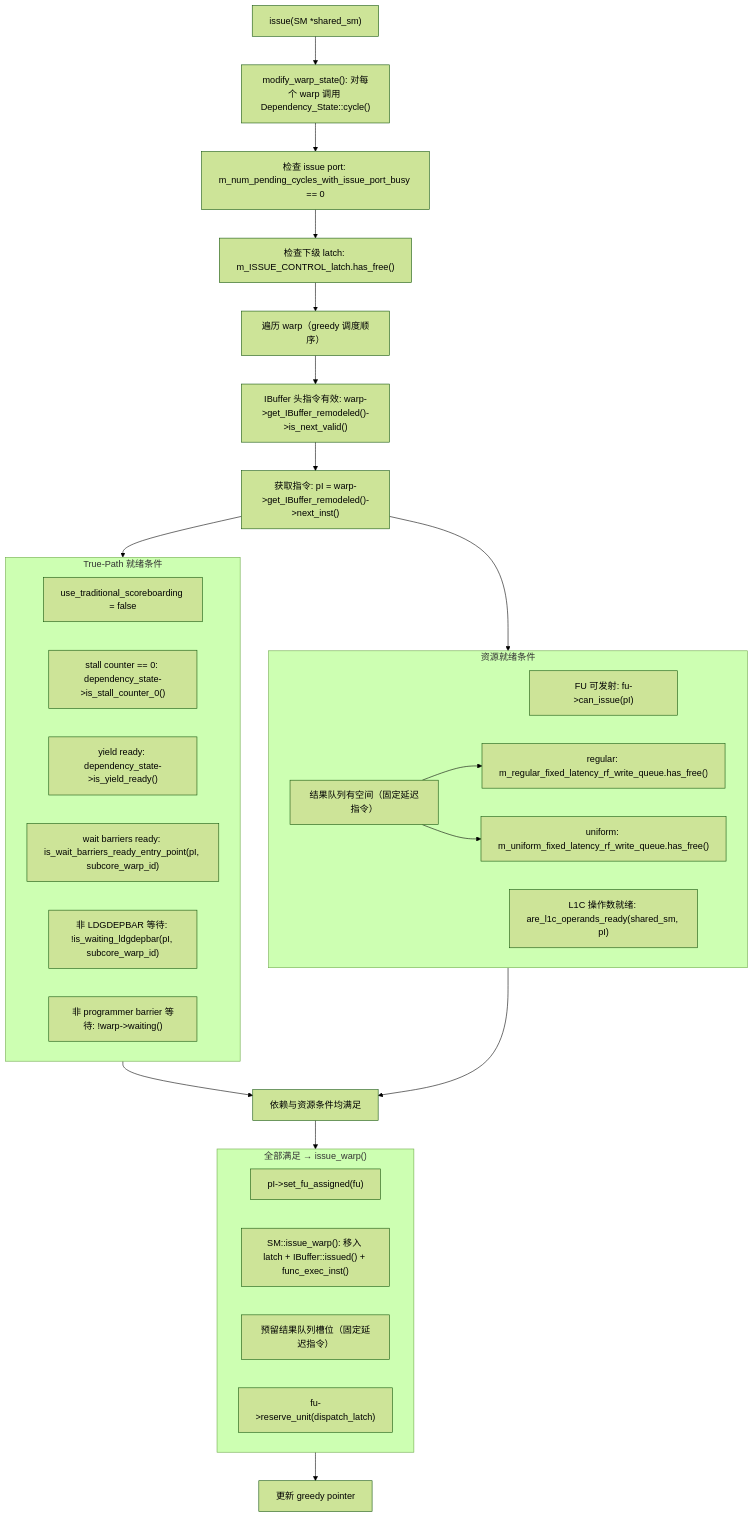
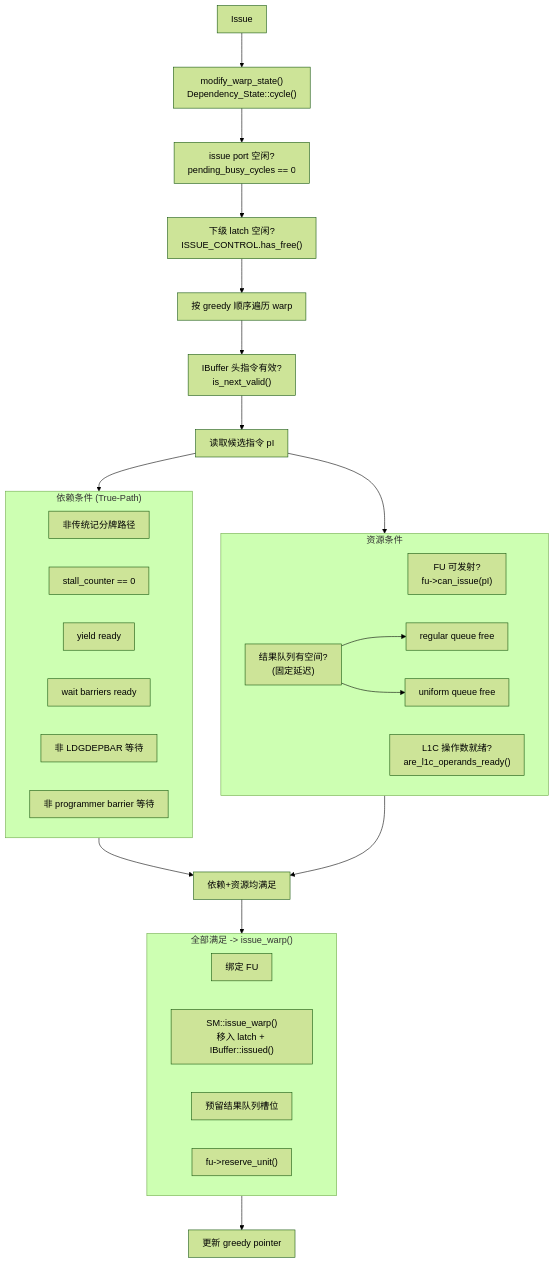
The third of 6 diagrams in docs/detailed-design/03A-Subcore前端流水与调度设计.md (dzwduan/modern-gpu-simulator-micro-2025), drawn with Mermaid (forest theme) before and after one commit. The commit also changed other lines of this file, not shown here.

````diff
--- a/docs/detailed-design/03A-Subcore前端流水与调度设计.md
+++ b/docs/detailed-design/03A-Subcore前端流水与调度设计.md
@@ -165,47 +167,48 @@
 ```mermaid
+%%{init: {'flowchart': {'nodeSpacing': 50, 'rankSpacing': 60, 'padding': 12, 'useMaxWidth': false}} }%%
 flowchart TD
-    ISS["issue(SM *shared_sm)"]
-    MOD["modify_warp_state(): 对每个 warp 调用 Dependency_State::cycle()"]
-    CHK1["检查 issue port: m_num_pending_cycles_with_issue_port_busy == 0"]
-    CHK2["检查下级 latch: m_ISSUE_CONTROL_latch.has_free()"]
-    LOOP["遍历 warp（greedy 调度顺序）"]
-    IB["IBuffer 头指令有效: warp->get_IBuffer_remodeled()->is_next_valid()"]
-    GETPI["获取指令: pI = warp->get_IBuffer_remodeled()->next_inst()"]
+    ISS["Issue"]
+    MOD["modify_warp_state()<br/>Dependency_State::cycle()"]
+    CHK1["issue port 空闲?<br/>pending_busy_cycles == 0"]
+    CHK2["下级 latch 空闲?<br/>ISSUE_CONTROL.has_free()"]
+    LOOP["按 greedy 顺序遍历 warp"]
+    IB["IBuffer 头指令有效?<br/>is_next_valid()"]
+    GETPI["读取候选指令 pI"]
 
-    subgraph TP["True-Path 就绪条件"]
-        TP1["use_traditional_scoreboarding = false"]
-        TP2["stall counter == 0: dependency_state->is_stall_counter_0()"]
-        TP3["yield ready: dependency_state->is_yield_ready()"]
-        TP4["wait barriers ready: is_wait_barriers_ready_entry_point(pI, subcore_warp_id)"]
-        TP5["非 LDGDEPBAR 等待: !is_waiting_ldgdepbar(pI, subcore_warp_id)"]
-        TP6["非 programmer barrier 等待: !warp->waiting()"]
+    subgraph TP["依赖条件 (True-Path)"]
+        TP1["非传统记分牌路径"]
+        TP2["stall_counter == 0"]
+        TP3["yield ready"]
+        TP4["wait barriers ready"]
+        TP5["非 LDGDEPBAR 等待"]
+        TP6["非 programmer barrier 等待"]
     end
 
-    subgraph RES["资源就绪条件"]
-        R1["FU 可发射: fu->can_issue(pI)"]
-        R2["L1C 操作数就绪: are_l1c_operands_ready(shared_sm, pI)"]
-        R3["结果队列有空间（固定延迟指令）"]
-        R3A["regular: m_regular_fixed_latency_rf_write_queue.has_free()"]
-        R3B["uniform: m_uniform_fixed_latency_rf_write_queue.has_free()"]
+    subgraph RES["资源条件"]
+        R1["FU 可发射?<br/>fu->can_issue(pI)"]
+        R2["L1C 操作数就绪?<br/>are_l1c_operands_ready()"]
+        R3["结果队列有空间?<br/>(固定延迟)"]
+        R3A["regular queue free"]
+        R3B["uniform queue free"]
         R3 --> R3A & R3B
     end
 
-    subgraph IW["全部满足 → issue_warp()"]
-        IW1["pI->set_fu_assigned(fu)"]
-        IW2["SM::issue_warp(): 移入 latch + IBuffer::issued() + func_exec_inst()"]
-        IW3["预留结果队列槽位（固定延迟指令）"]
-        IW4["fu->reserve_unit(dispatch_latch)"]
+    subgraph IW["全部满足 -> issue_warp()"]
+        IW1["绑定 FU"]
+        IW2["SM::issue_warp()<br/>移入 latch + IBuffer::issued()"]
+        IW3["预留结果队列槽位"]
+        IW4["fu->reserve_unit()"]
     end
 
     GP["更新 greedy pointer"]
-    GATE["依赖与资源条件均满足"]
+    GATE["依赖+资源均满足"]
 
     ISS --> MOD --> CHK1 --> CHK2 --> LOOP
     LOOP --> IB --> GETPI
     GETPI --> TP
     GETPI --> RES
     TP --> GATE
     RES --> GATE
     GATE --> IW
     IW --> GP
 ```
````
